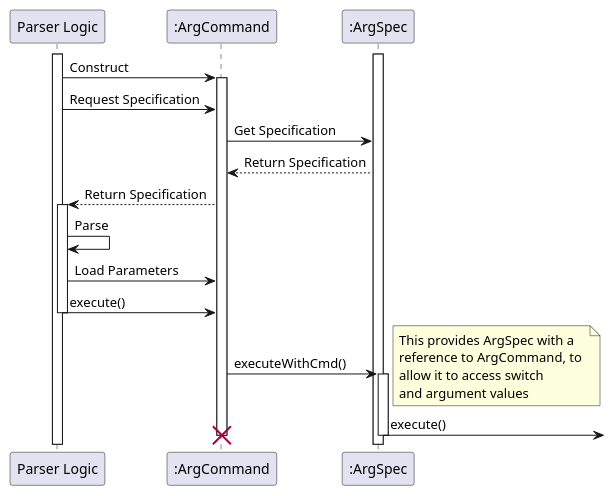
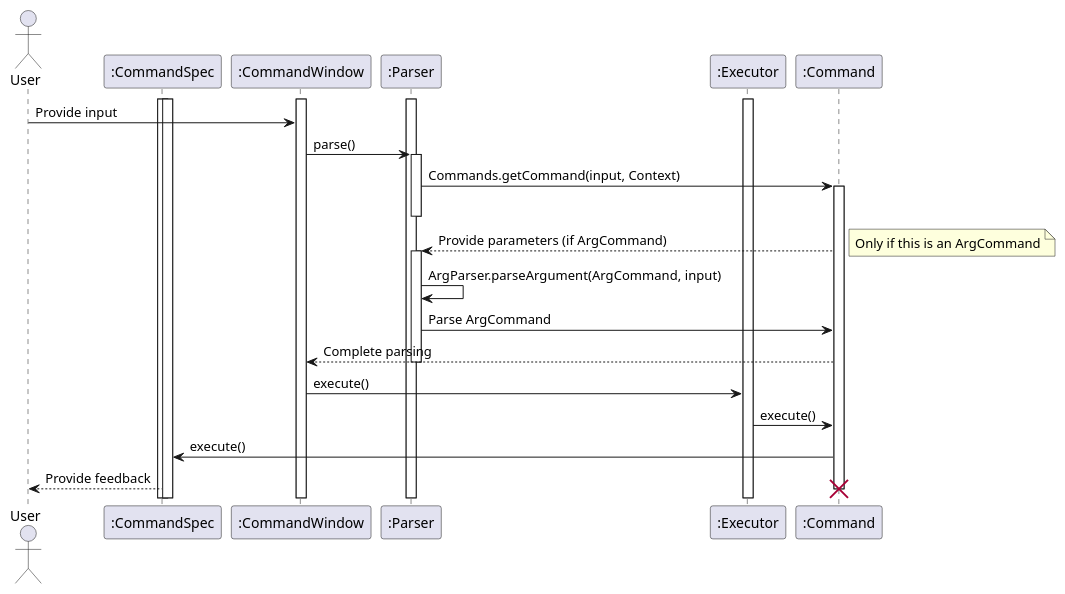
Before and after one commit to nusCS2113-AY1920S1/PersonalAssistant-Duke: the diagram in docs/images/plantuml/command.pu, drawn with PlantUML. The commit also changed 6 other files, not shown here.

Commit message:
Add diagram to Parser section

```diff
--- a/docs/images/plantuml/command.pu
+++ b/docs/images/plantuml/command.pu
@@ -1,33 +1,29 @@
 @startuml
-participant "Parser Logic"
-participant ":ArgCommand"
-participant ":ArgSpec"
+actor User
 
-activate "Parser Logic"
-activate ":ArgSpec"
-"Parser Logic" -> ":ArgCommand" : Construct
-activate ":ArgCommand"
+activate ":CommandSpec"
+activate ":CommandWindow"
+activate ":Parser"
+activate ":Executor"
+activate ":CommandSpec"
 
-"Parser Logic" -> ":ArgCommand" : Request Specification
-":ArgCommand" -> ":ArgSpec" : Get Specification
-":ArgCommand" <-- ":ArgSpec" : Return Specification
-"Parser Logic" <-- ":ArgCommand" : Return Specification
+User -> ":CommandWindow" : Provide input
+":CommandWindow" -> ":Parser" : parse()
+activate ":Parser"
+":Parser" -> ":Command" : Commands.getCommand(input, Context)
+activate ":Command"
+deactivate ":Parser"
+":Parser" <-- ":Command" : Provide parameters (if ArgCommand)
+note right : Only if this is an ArgCommand
+activate ":Parser"
+":Parser" -> ":Parser" : ArgParser.parseArgument(ArgCommand, input)
+":Parser" -> ":Command" : Parse ArgCommand
+":CommandWindow" <-- ":Command" : Complete parsing
+deactivate ":Parser"
 
-activate "Parser Logic"
-"Parser Logic" -> "Parser Logic" : Parse
-"Parser Logic" -> ":ArgCommand" : Load Parameters
-"Parser Logic" -> ":ArgCommand" : execute()
-deactivate "Parser Logic"
-
-":ArgCommand" -> ":ArgSpec" : executeWithCmd()
-note right
-  This provides ArgSpec with a
-  reference to ArgCommand, to 
-  allow it to access switch 
-  and argument values
-end note
-activate ":ArgSpec"
-":ArgSpec" ->] : execute()
-deactivate ":ArgSpec"
-destroy ":ArgCommand"
+":CommandWindow" -> ":Executor" : execute()
+":Executor" -> ":Command" : execute()
+":Command" -> ":CommandSpec" : execute()
+User <-- ":CommandSpec" : Provide feedback
+destroy ":Command"
 @enduml
```
